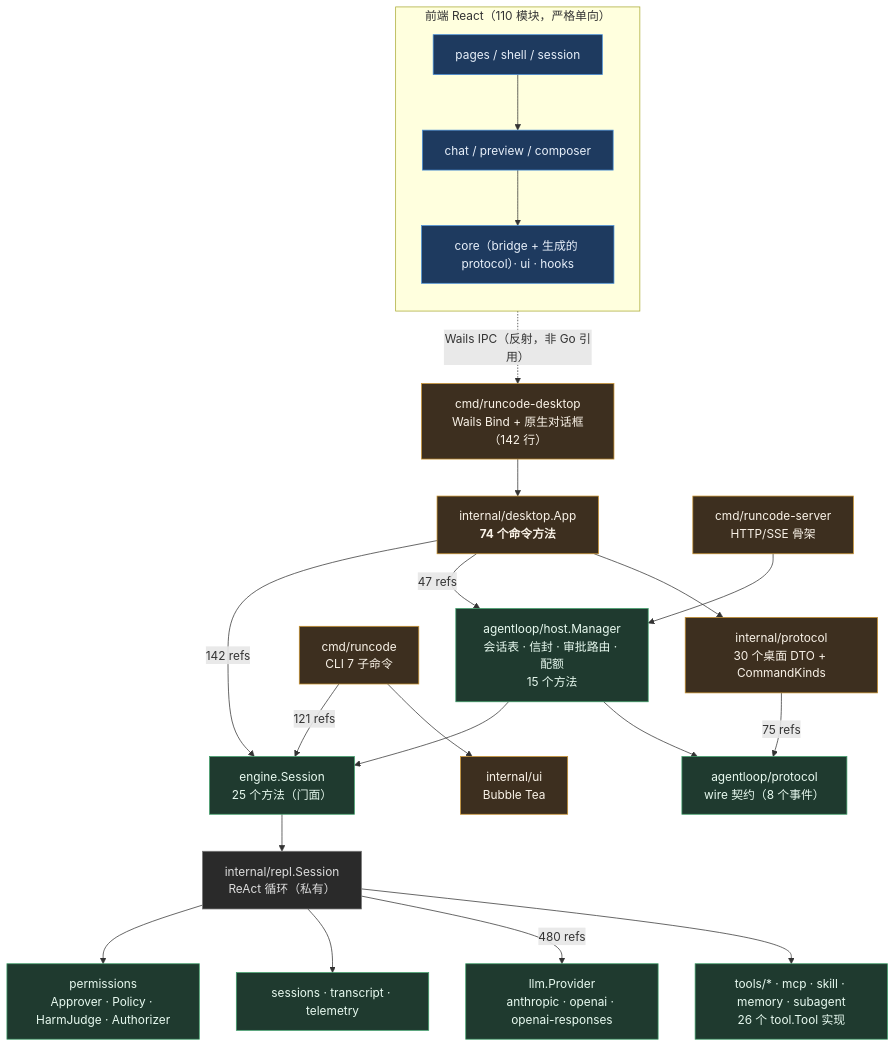
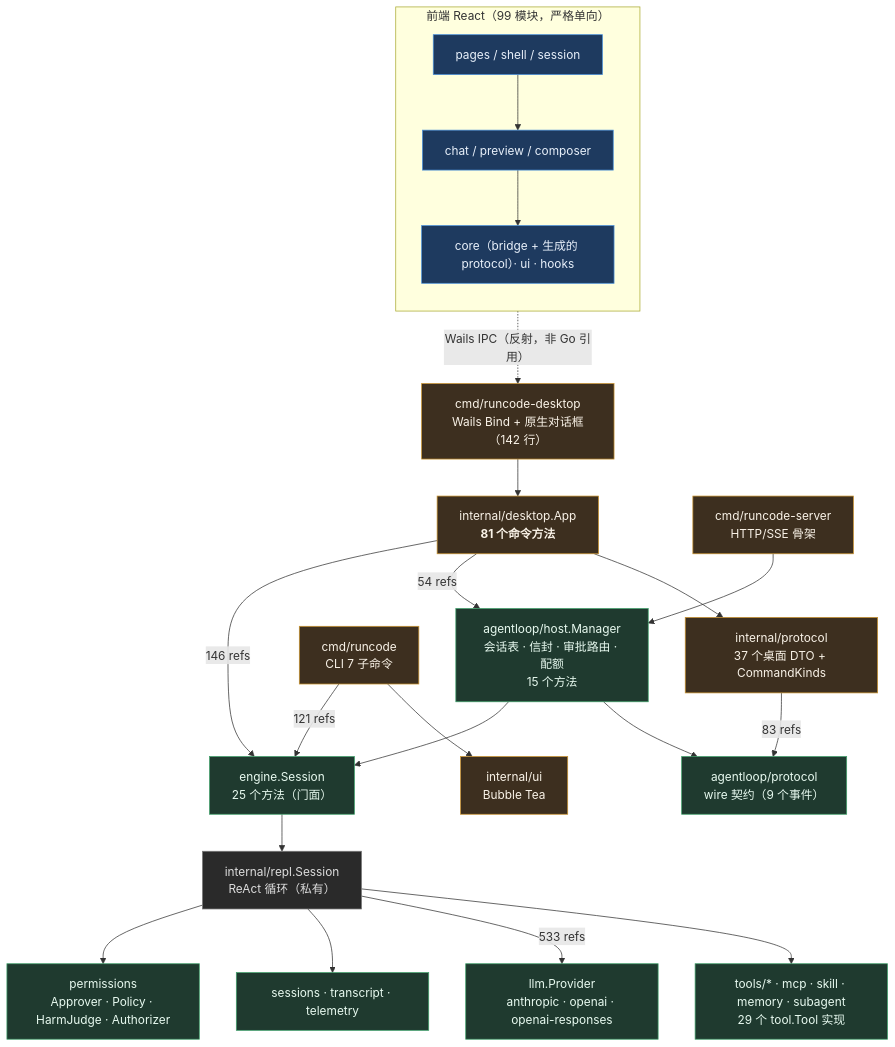
The first of 4 diagrams in docs/system-overview.md (mwt06/runcode-desktop), drawn with Mermaid before and after one commit. The commit also changed other lines of this file and 105 other files, not shown here.

````diff
--- a/docs/system-overview.md
+++ b/docs/system-overview.md
@@ -60,48 +56,48 @@
 ```mermaid
 flowchart TB
-  subgraph FE["前端 React（110 模块，严格单向）"]
+  subgraph FE["前端 React（99 模块，严格单向）"]
     direction TB
     F_pages["pages / shell / session"]:::fe
     F_mid["chat / preview / composer"]:::fe
     F_base["core（bridge + 生成的 protocol）· ui · hooks"]:::fe
     F_pages --> F_mid --> F_base
   end
 
   W["cmd/runcode-desktop<br/>Wails Bind + 原生对话框（142 行）"]:::shell
-  APP["internal/desktop.App<br/><b>74 个命令方法</b>"]:::shell
-  IPROTO["internal/protocol<br/>30 个桌面 DTO + CommandKinds"]:::shell
+  APP["internal/desktop.App<br/><b>81 个命令方法</b>"]:::shell
+  IPROTO["internal/protocol<br/>37 个桌面 DTO + CommandKinds"]:::shell
   CLI["cmd/runcode<br/>CLI 7 子命令"]:::shell
   TUI["internal/ui<br/>Bubble Tea"]:::shell
   SRV["cmd/runcode-server<br/>HTTP/SSE 骨架"]:::shell
 
   HOST["agentloop/host.Manager<br/>会话表 · 信封 · 审批路由 · 配额<br/>15 个方法"]:::eng
-  EPROTO["agentloop/protocol<br/>wire 契约（8 个事件）"]:::eng
+  EPROTO["agentloop/protocol<br/>wire 契约（9 个事件）"]:::eng
   SESS["engine.Session<br/>25 个方法（门面）"]:::eng
   REPL["internal/repl.Session<br/>ReAct 循环（私有）"]:::engi
-  TOOLS["tools/* · mcp · skill · memory · subagent<br/>26 个 tool.Tool 实现"]:::eng
+  TOOLS["tools/* · mcp · skill · memory · subagent<br/>29 个 tool.Tool 实现"]:::eng
   LLM["llm.Provider<br/>anthropic · openai · openai-responses"]:::eng
   PERSIST["sessions · transcript · telemetry"]:::eng
   PERM["permissions<br/>Approver · Policy · HarmJudge · Authorizer"]:::eng
 
   F_base -.->|"Wails IPC（反射，非 Go 引用）"| W
   W --> APP
   APP --> IPROTO
-  APP -->|47 refs| HOST
-  APP -->|142 refs| SESS
+  APP -->|54 refs| HOST
+  APP -->|146 refs| SESS
   CLI --> TUI
   CLI -->|121 refs| SESS
   SRV --> HOST
   HOST --> EPROTO
-  IPROTO -->|75 refs| EPROTO
+  IPROTO -->|83 refs| EPROTO
   HOST --> SESS
   SESS --> REPL
   REPL --> TOOLS
-  REPL -->|480 refs| LLM
+  REPL -->|533 refs| LLM
   REPL --> PERSIST
   REPL --> PERM
 
   classDef fe fill:#1e3a5f,stroke:#4a90d9,color:#e8f0fa
   classDef shell fill:#3d2f1f,stroke:#c9922e,color:#faf3e8
   classDef eng fill:#1f3a2f,stroke:#3fa06a,color:#e8faf0
   classDef engi fill:#2a2a2a,stroke:#777,color:#ddd
 ```
````
